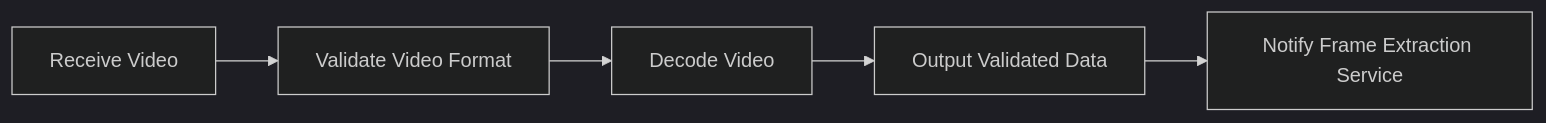
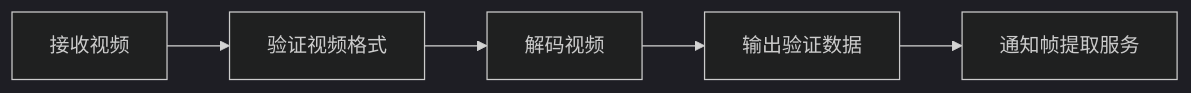
The diagram in 视频处理.md (yuantming/learninggit), drawn with Mermaid (dark theme) before and after one commit.

Commit message:
Translate video processing flow to Chinese

````diff
--- a/视频处理.md
+++ b/视频处理.md
@@ -8,7 +8,7 @@
 ```mermaid
 graph LR
-    A[Receive Video] --> B[Validate Video Format]
-    B --> C[Decode Video]
-    C --> D[Output Validated Data]
-    D --> E[Notify Frame Extraction Service]
+    A[接收视频] --> B[验证视频格式]
+    B --> C[解码视频]
+    C --> D[输出验证数据]
+    D --> E[通知帧提取服务]
 ```
````
